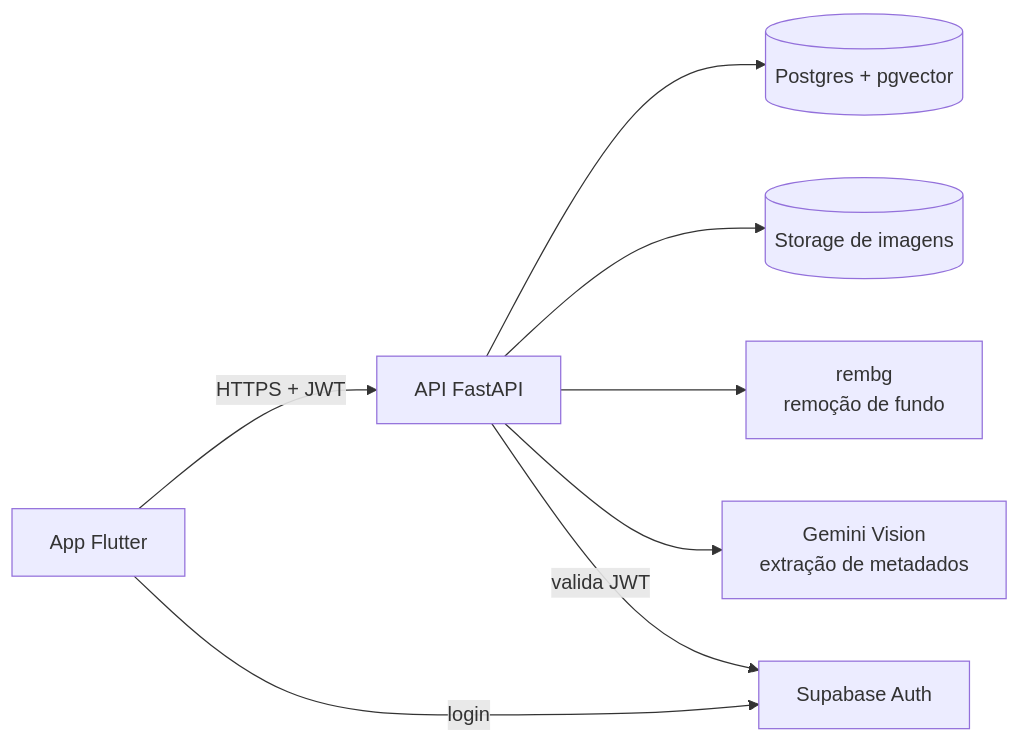
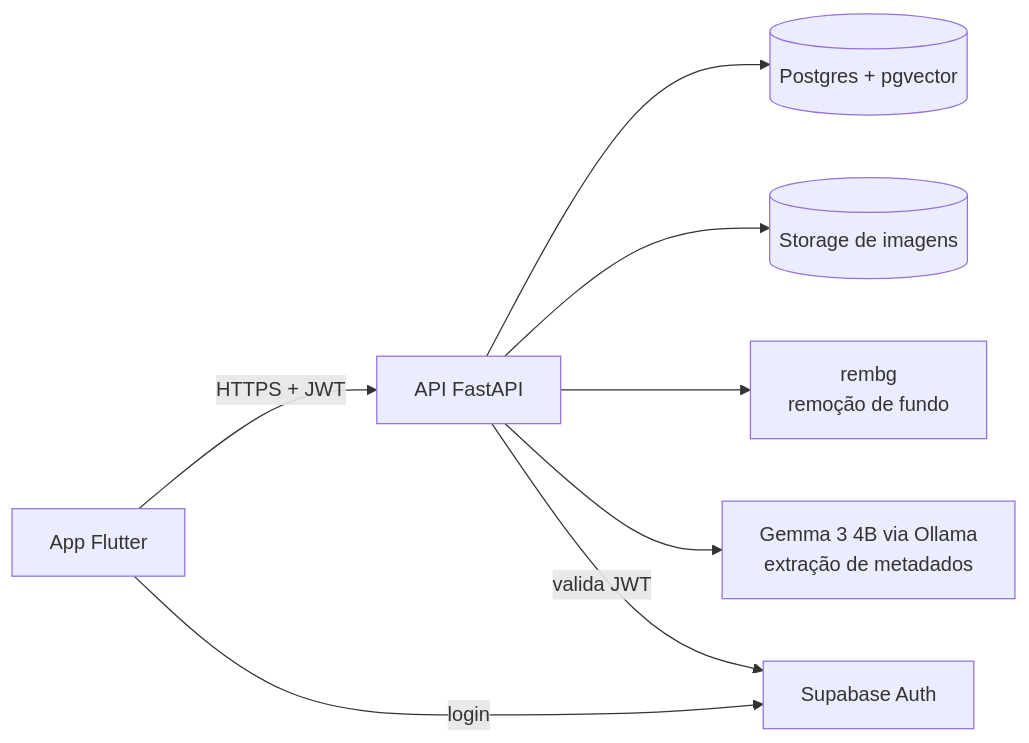
One commit to Hannyazs/digital-wardrobe changed the diagram in docs/arquitetura.md. Above: the diagram before and after it, drawn with Mermaid. The commit also changed other lines of this file and 80 other files, not shown here.

````diff
--- a/docs/arquitetura.md
+++ b/docs/arquitetura.md
@@ -7,10 +7,10 @@
 ```mermaid
 flowchart LR
     Mobile[App Flutter] -->|HTTPS + JWT| API[API FastAPI]
     API --> DB[(Postgres + pgvector)]
     API --> Storage[(Storage de imagens)]
     API --> Rembg[rembg\nremoção de fundo]
-    API --> Gemini[Gemini Vision\nextração de metadados]
+    API --> Gemma[Gemma 3 4B via Ollama\nextração de metadados]
     Mobile -->|login| Auth[Supabase Auth]
     API -->|valida JWT| Auth
 ```
````
